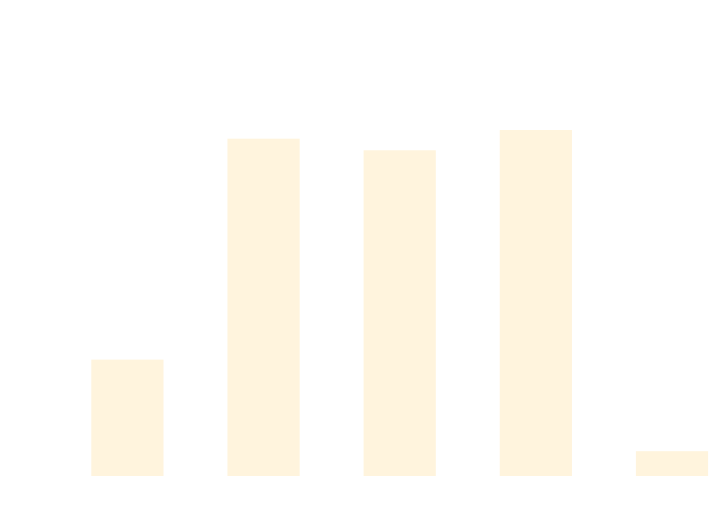
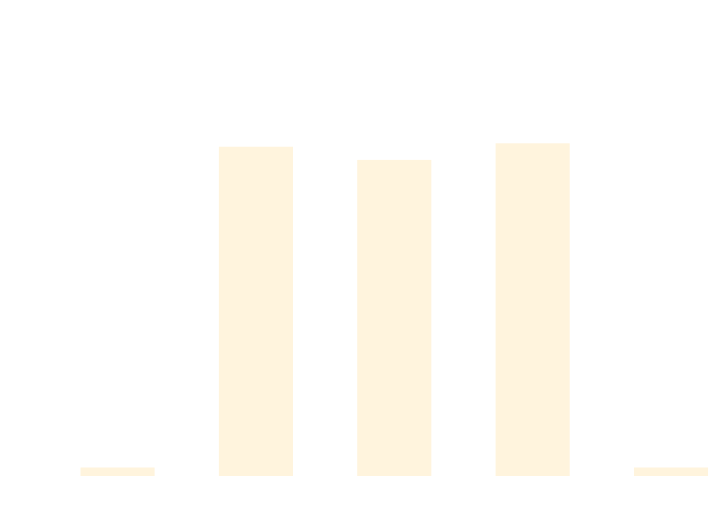
Before and after one commit to thomhurst/TUnit: the diagram in docs/docs/benchmarks/MatrixTests.md, drawn with Mermaid. The commit also changed other lines of this file and 16 other files, not shown here.

````diff
--- a/docs/docs/benchmarks/MatrixTests.md
+++ b/docs/docs/benchmarks/MatrixTests.md
@@ -27,37 +27,37 @@
 ```mermaid
 %%{init: {
   'theme':'base',
   'themeVariables': {
     'primaryColor': '#2563eb',
     'primaryTextColor': '#ffffff',
     'primaryBorderColor': '#1e40af',
     'lineColor': '#6b7280',
     'secondaryColor': '#7c3aed',
     'tertiaryColor': '#dc2626',
     'background': '#ffffff',
     'mainBkg': '#2563eb',
     'secondBkg': '#7c3aed',
     'tertiaryBkg': '#dc2626',
     'clusterBkg': '#f3f4f6',
     'edgeLabelBackground': '#ffffff',
     'tertiaryTextColor': '#1f2937',
     'pie1': '#2563eb',
     'pie2': '#7c3aed',
     'pie3': '#dc2626',
     'pie4': '#f59e0b',
     'pie5': '#10b981',
     'pie6': '#06b6d4',
     'pie7': '#ec4899',
     'pie8': '#6366f1',
     'pie9': '#84cc16',
     'pie10': '#f97316',
     'pie11': '#14b8a6',
     'pie12': '#a855f7'
   }
 }}%%
 xychart-beta
   title "MatrixTests Performance Comparison"
   x-axis ["TUnit", "NUnit", "MSTest", "xUnit3", "TUnit_AOT"]
-  y-axis "Time (ms)" 0 --> 1902
-  bar [506.59, 1544.2, 1489.76, 1584.98, 76.67]
+  y-axis "Time (ms)" 0 --> 2
+  bar [0, 1.584, 1.519, 1.601, 0]
 ```
````
